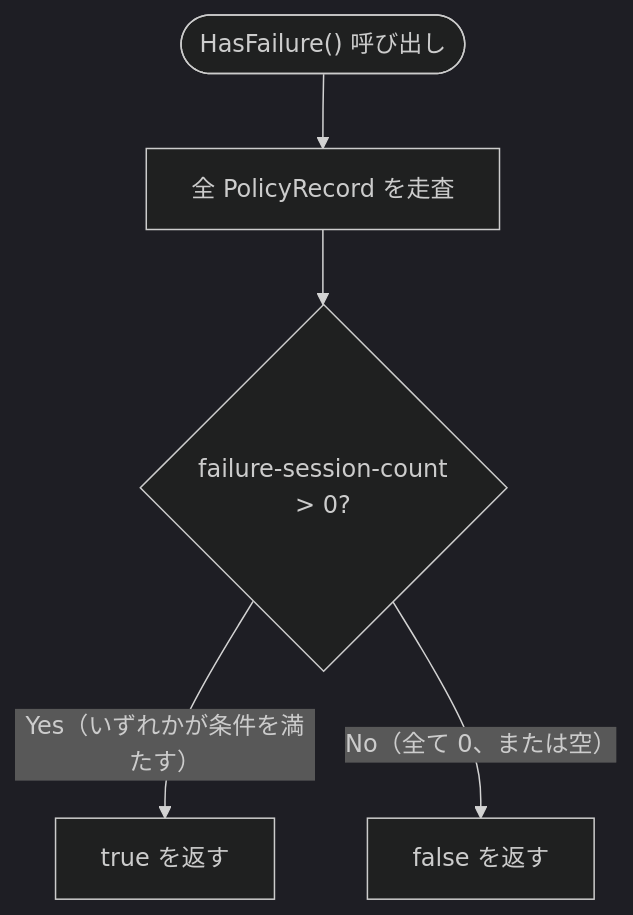
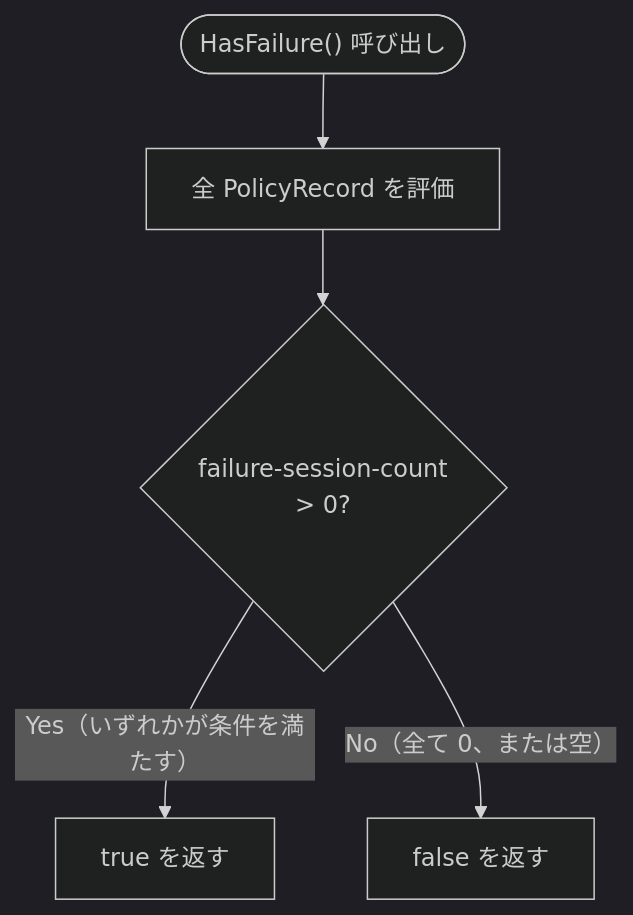
One commit to isseis/tlsrpt-digest changed the seventh of 7 diagrams in docs/tasks/0020_tlsrpt/02_architecture.md. Above: the diagram before and after it, drawn with Mermaid (dark theme). The commit also changed other lines of this file, not shown here.

Commit message:
docs(task 0020): revise architecture document based on review feedback

````diff
--- a/docs/tasks/0020_tlsrpt/02_architecture.md
+++ b/docs/tasks/0020_tlsrpt/02_architecture.md
@@ -307,13 +308,13 @@
 ```mermaid
 flowchart TD
     Start(["HasFailure() 呼び出し"])
-    Loop["全 PolicyRecord を走査"]
+    Loop["全 PolicyRecord を評価"]
     Check{"failure-session-count<br>> 0?"}
     ReturnTrue["true を返す"]
     ReturnFalse["false を返す"]
 
     Start --> Loop
     Loop --> Check
     Check -->|"Yes（いずれかが条件を満たす）"| ReturnTrue
     Check -->|"No（全て 0、または空）"| ReturnFalse
 ```
````
